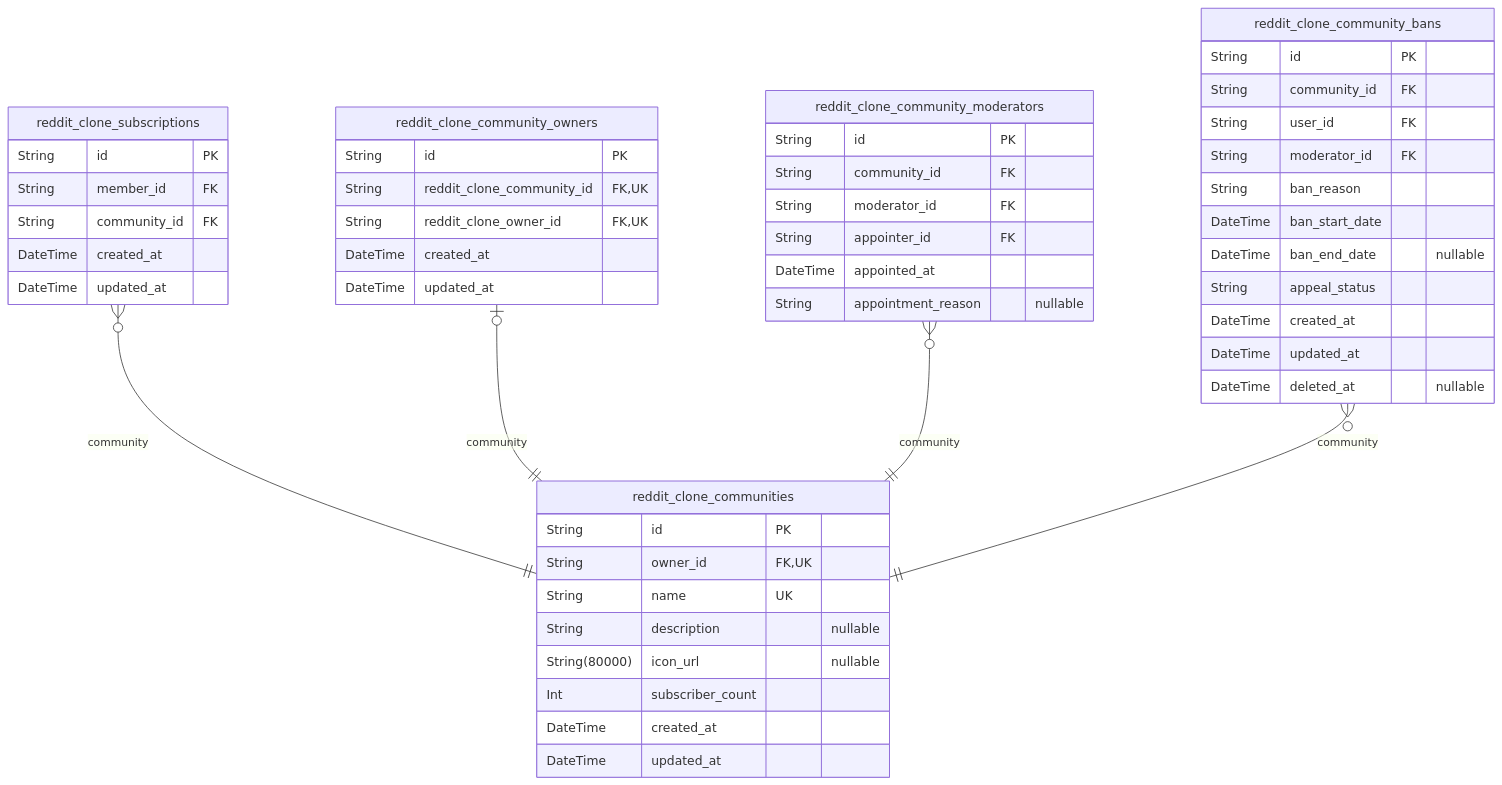
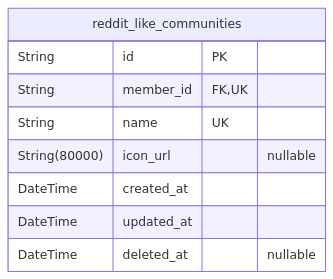
One commit to wrtnlabs/autobe-examples changed the second of 6 diagrams in qwen/qwen3-coder-next/reddit/docs/ERD.md. Above: the diagram before and after it, drawn with Mermaid. The commit also changed other lines of this file and 17098 other files, not shown here.

````diff
--- a/qwen/qwen3-coder-next/reddit/docs/ERD.md
+++ b/qwen/qwen3-coder-next/reddit/docs/ERD.md
@@ -505,52 +534,12 @@
 ```mermaid
 erDiagram
-"reddit_clone_communities" {
+"reddit_like_communities" {
   String id PK
-  String owner_id FK,UK
+  String member_id FK,UK
   String name UK
-  String description "nullable"
   String(80000) icon_url "nullable"
-  Int subscriber_count
-  DateTime created_at
-  DateTime updated_at
-}
-"reddit_clone_subscriptions" {
-  String id PK
-  String member_id FK
-  String community_id FK
-  DateTime created_at
-  DateTime updated_at
-}
-"reddit_clone_community_owners" {
-  String id PK
-  String reddit_clone_community_id FK,UK
-  String reddit_clone_owner_id FK,UK
-  DateTime created_at
-  DateTime updated_at
-}
-"reddit_clone_community_moderators" {
-  String id PK
-  String community_id FK
-  String moderator_id FK
-  String appointer_id FK
-  DateTime appointed_at
-  String appointment_reason "nullable"
-}
-"reddit_clone_community_bans" {
-  String id PK
-  String community_id FK
-  String user_id FK
-  String moderator_id FK
-  String ban_reason
-  DateTime ban_start_date
-  DateTime ban_end_date "nullable"
-  String appeal_status
   DateTime created_at
   DateTime updated_at
   DateTime deleted_at "nullable"
 }
-"reddit_clone_subscriptions" }o--|| "reddit_clone_communities" : community
-"reddit_clone_community_owners" |o--|| "reddit_clone_communities" : community
-"reddit_clone_community_moderators" }o--|| "reddit_clone_communities" : community
-"reddit_clone_community_bans" }o--|| "reddit_clone_communities" : community
 ```
````
